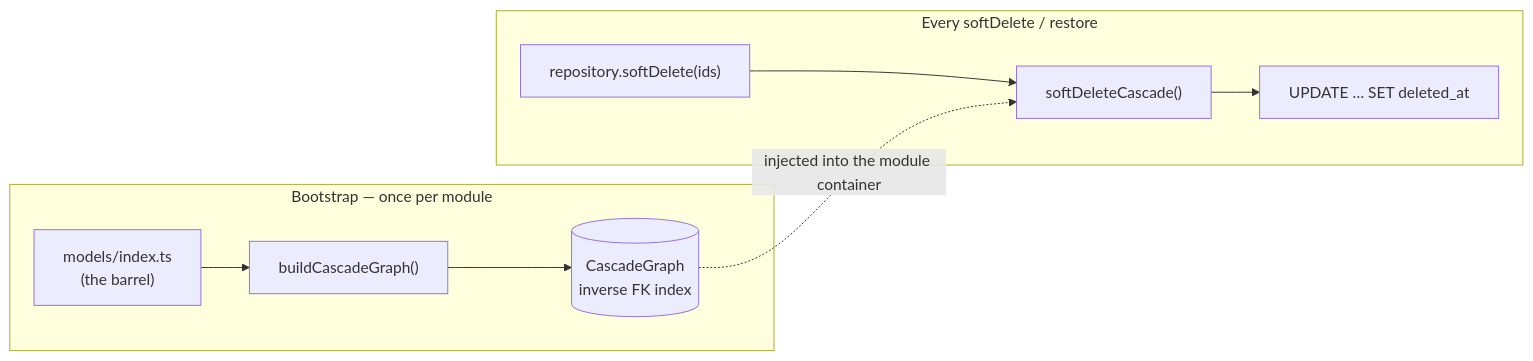
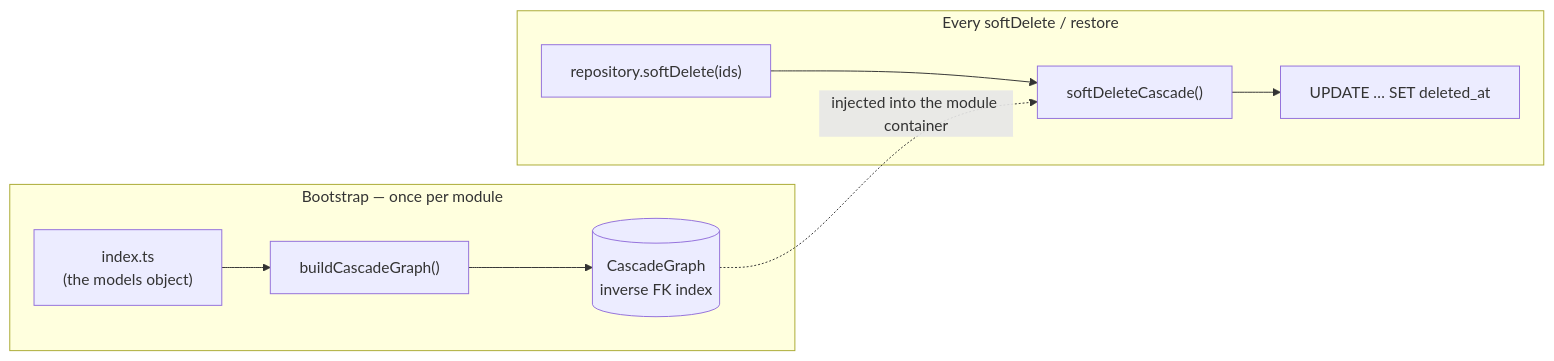
Before and after one commit to wildcant/proteus: the first of 9 diagrams in docs/soft-delete-cascade.md, drawn with Mermaid. The commit also changed other lines of this file and 641 other files, not shown here.

First line of the commit message:
[proteus] the backend's structure declared — core/framework, a layer graph, no barrels, and knip green (#74)

````diff
--- a/docs/soft-delete-cascade.md
+++ b/docs/soft-delete-cascade.md
@@ -25,12 +25,12 @@
 ```mermaid
 flowchart LR
   subgraph boot["Bootstrap — once per module"]
-    B1["models/index.ts<br/>(the barrel)"] --> B2["buildCascadeGraph()"]
+    B1["index.ts<br/>(the models object)"] --> B2["buildCascadeGraph()"]
     B2 --> B3[("CascadeGraph<br/>inverse FK index")]
   end
   subgraph run["Every softDelete / restore"]
     R1["repository.softDelete(ids)"] --> R2["softDeleteCascade()"]
     R2 --> R3["UPDATE … SET deleted_at"]
   end
   B3 -. injected into the module container .-> R2
 ```
````
